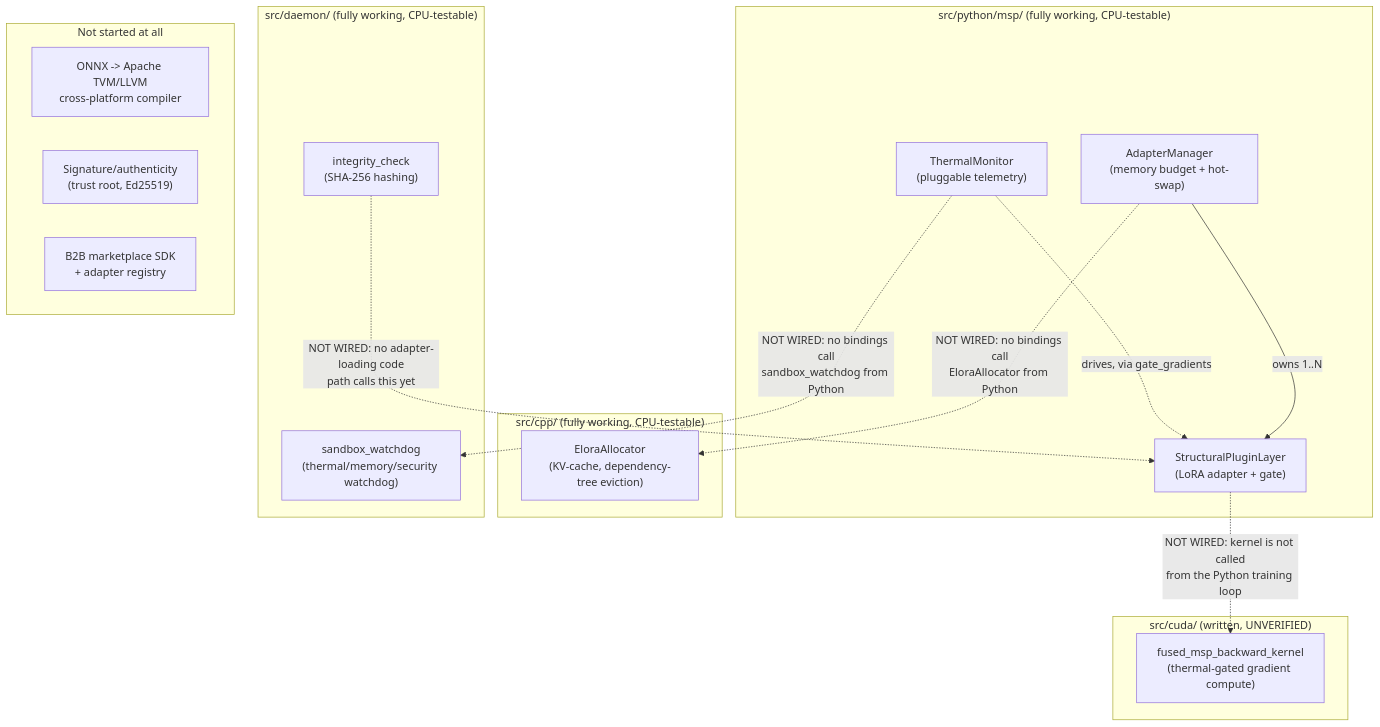
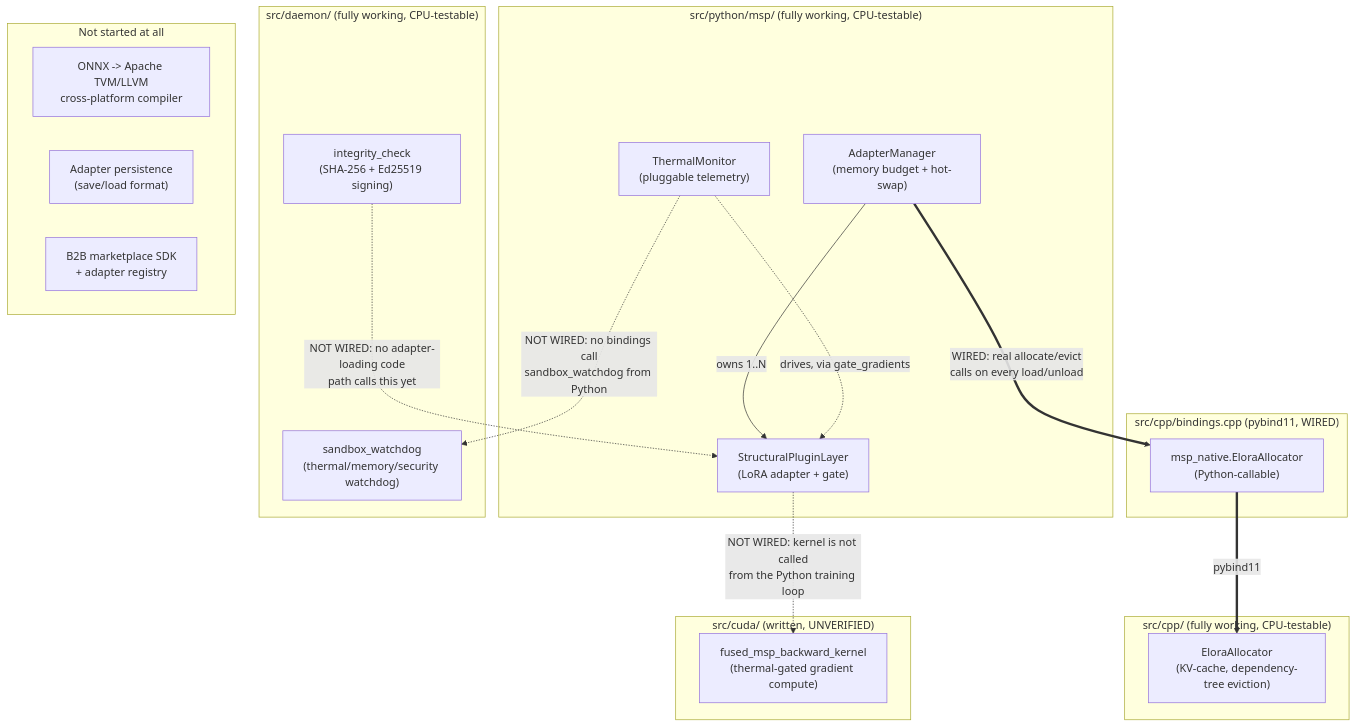
One commit to trinityman-hash/MSP changed the diagram in docs/STATUS.md. Above: the diagram before and after it, drawn with Mermaid. The commit also changed other lines of this file, not shown here.

Commit message:
docs: update STATUS.md - native binding and Ed25519 signing now done, diagram updated

````diff
--- a/docs/STATUS.md
+++ b/docs/STATUS.md
@@ -36,34 +36,39 @@
 ```mermaid
 flowchart TB
     subgraph Python["src/python/msp/  (fully working, CPU-testable)"]
         PL["StructuralPluginLayer\n(LoRA adapter + gate)"]
         AM["AdapterManager\n(memory budget + hot-swap)"]
         TM["ThermalMonitor\n(pluggable telemetry)"]
         AM -->|owns 1..N| PL
         TM -.->|drives, via gate_gradients| PL
     end
 
+    subgraph Bind["src/cpp/bindings.cpp  (pybind11, WIRED)"]
+        NATIVE["msp_native.EloraAllocator\n(Python-callable)"]
+    end
+
     subgraph CPP["src/cpp/  (fully working, CPU-testable)"]
         EA["EloraAllocator\n(KV-cache, dependency-tree eviction)"]
     end
 
     subgraph C["src/daemon/  (fully working, CPU-testable)"]
         WD["sandbox_watchdog\n(thermal/memory/security watchdog)"]
-        IC["integrity_check\n(SHA-256 hashing)"]
+        IC["integrity_check\n(SHA-256 + Ed25519 signing)"]
     end
 
     subgraph CUDA["src/cuda/  (written, UNVERIFIED)"]
         KERNEL["fused_msp_backward_kernel\n(thermal-gated gradient compute)"]
     end
 
-    AM -.->|"NOT WIRED: no bindings call\nEloraAllocator from Python"| EA
+    AM ==>|"WIRED: real allocate/evict\ncalls on every load/unload"| NATIVE
+    NATIVE ==>|pybind11| EA
     TM -.->|"NOT WIRED: no bindings call\nsandbox_watchdog from Python"| WD
     PL -.->|"NOT WIRED: kernel is not called\nfrom the Python training loop"| KERNEL
     IC -.->|"NOT WIRED: no adapter-loading code\npath calls this yet"| PL
 
     subgraph Missing["Not started at all"]
         TVM["ONNX -> Apache TVM/LLVM\ncross-platform compiler"]
-        SIGN["Signature/authenticity\n(trust root, Ed25519)"]
+        PERSIST["Adapter persistence\n(save/load format)"]
         SDK["B2B marketplace SDK\n+ adapter registry"]
     end
 ```
````
